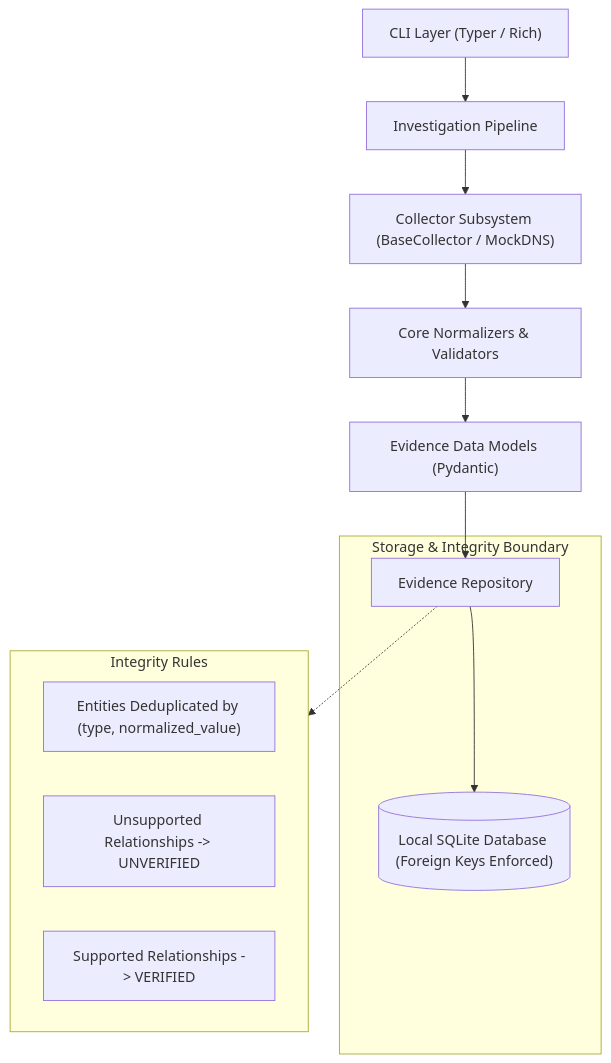
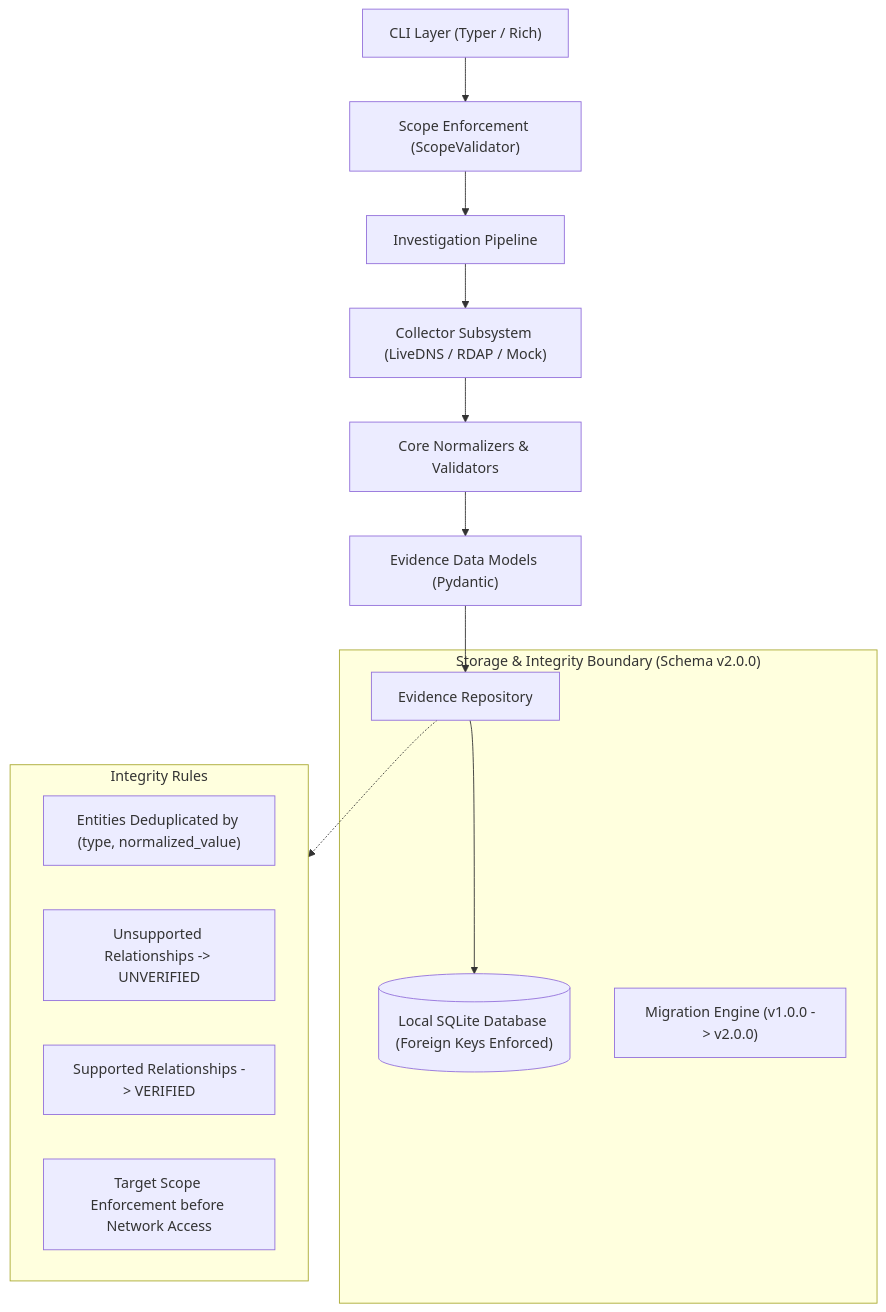
The diagram in docs/architecture.md (SultanGun/TraceGraph), drawn with Mermaid before and after one commit. The commit also changed other lines of this file and 28 other files, not shown here.

````diff
--- a/docs/architecture.md
+++ b/docs/architecture.md
@@ -12,22 +12,25 @@
 ```mermaid
 flowchart TD
-    CLI["CLI Layer (Typer / Rich)"] --> Pipeline["Investigation Pipeline"]
-    Pipeline --> Collectors["Collector Subsystem (BaseCollector / MockDNS)"]
+    CLI["CLI Layer (Typer / Rich)"] --> ScopeCheck["Scope Enforcement (ScopeValidator)"]
+    ScopeCheck --> Pipeline["Investigation Pipeline"]
+    Pipeline --> Collectors["Collector Subsystem (LiveDNS / RDAP / Mock)"]
     Collectors --> Normalizer["Core Normalizers & Validators"]
     Normalizer --> EvModel["Evidence Data Models (Pydantic)"]
     EvModel --> Repo["Evidence Repository"]
     Repo --> SQLite[("Local SQLite Database (Foreign Keys Enforced)")]
     
-    subgraph StorageLayer["Storage & Integrity Boundary"]
+    subgraph StorageLayer["Storage & Integrity Boundary (Schema v2.0.0)"]
         Repo
         SQLite
+        Migrations["Migration Engine (v1.0.0 -> v2.0.0)"]
     end
     
     subgraph ProvenanceRules["Integrity Rules"]
         PR1["Entities Deduplicated by (type, normalized_value)"]
         PR2["Unsupported Relationships -> UNVERIFIED"]
         PR3["Supported Relationships -> VERIFIED"]
+        PR4["Target Scope Enforcement before Network Access"]
     end
     
     Repo -.-> ProvenanceRules
 ```
````
